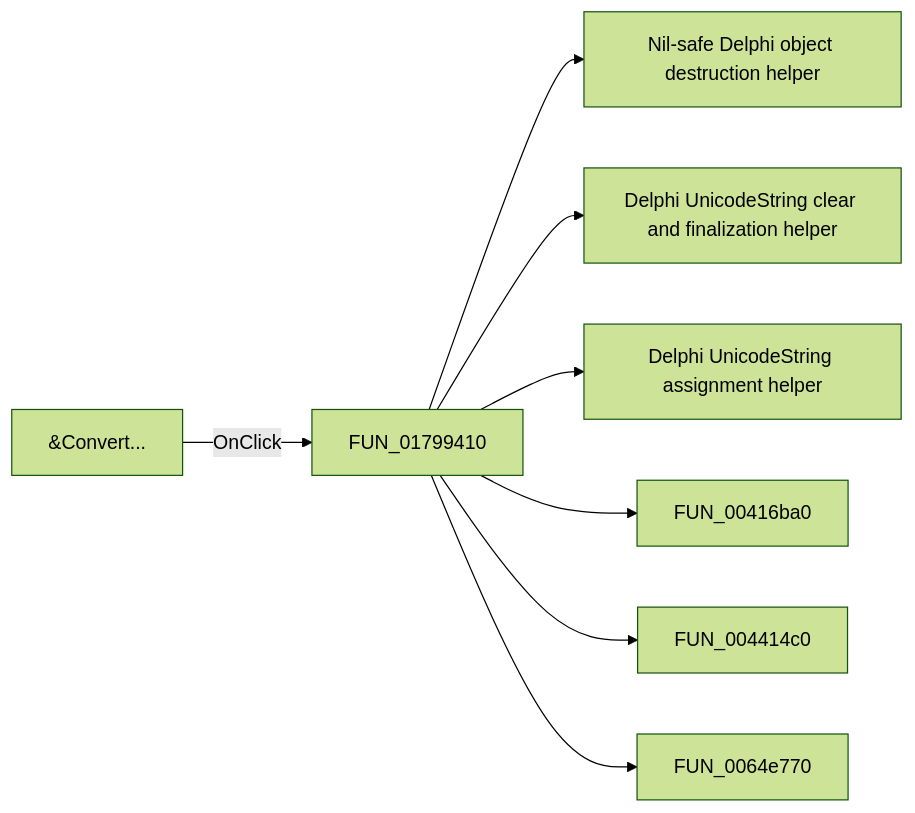
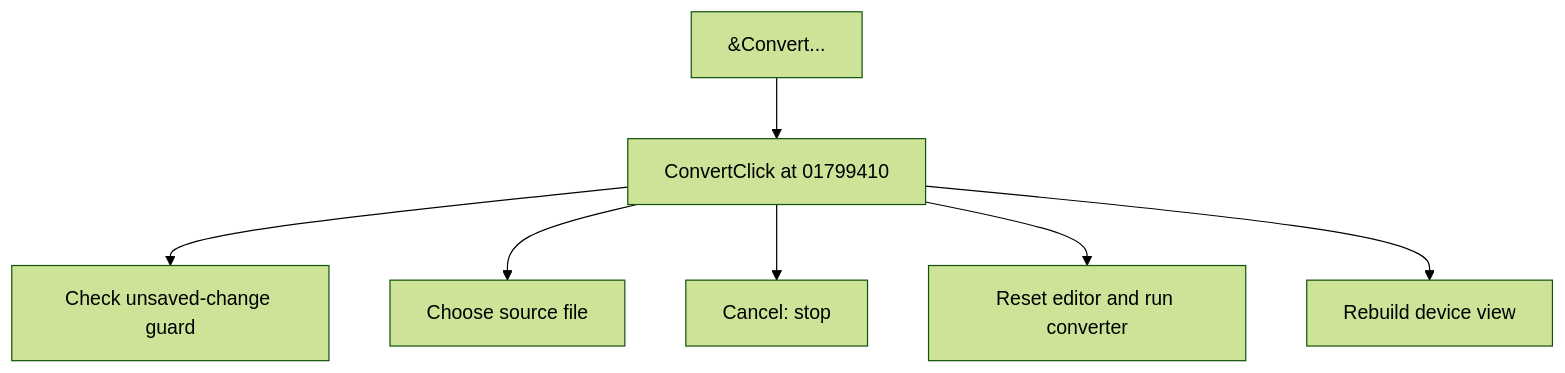
The diagram in docs/ui-controls/shapeedit/convert-722d1c260d.md (MovGP0/TIARA), drawn with Mermaid (forest theme) before and after one commit. The commit also changed other lines of this file and 1062 other files, not shown here.

````diff
--- a/docs/ui-controls/shapeedit/convert-722d1c260d.md
+++ b/docs/ui-controls/shapeedit/convert-722d1c260d.md
@@ -27,10 +25,9 @@
 ```mermaid
-flowchart LR
-    control["&Convert..."] -->|OnClick| handler["FUN_01799410"]
-    handler --> call1["Nil-safe Delphi object destruction helper"]
-    handler --> call2["Delphi UnicodeString clear and finalization helper"]
-    handler --> call3["Delphi UnicodeString assignment helper"]
-    handler --> call4["FUN_00416ba0"]
-    handler --> call5["FUN_004414c0"]
-    handler --> call6["FUN_0064e770"]
+flowchart TD
+    control["&Convert..."] --> handler["ConvertClick at 01799410"]
+    handler --> step1["Check unsaved-change guard"]
+    handler --> step2["Choose source file"]
+    handler --> step3["Cancel: stop"]
+    handler --> step4["Reset editor and run converter"]
+    handler --> step5["Rebuild device view"]
 ```
````
